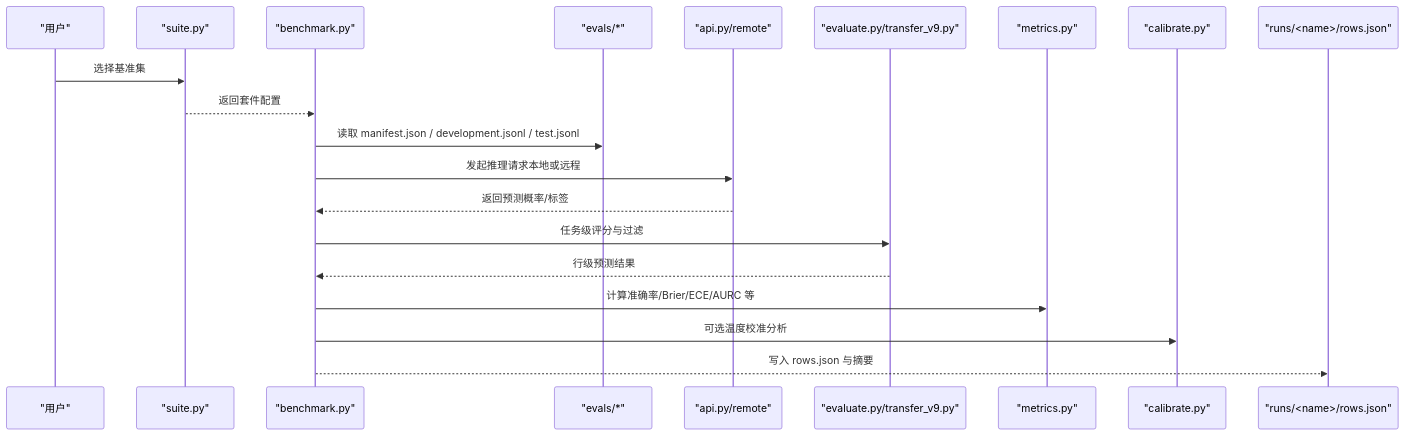
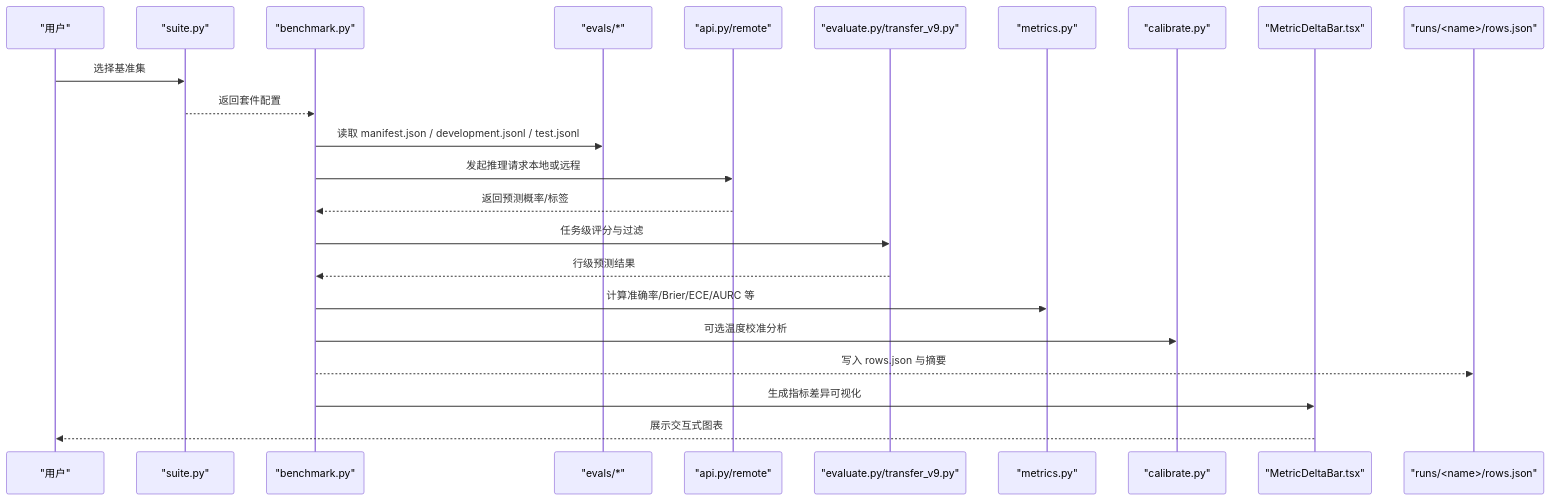
The second of 10 diagrams in .qoder/repowiki/zh/content/评估系统/评估系统.md (joezxh/kev), drawn with Mermaid before and after one commit. The commit also changed other lines of this file and 101 other files, not shown here.

````diff
--- a/.qoder/repowiki/zh/content/评估系统/评估系统.md
+++ b/.qoder/repowiki/zh/content/评估系统/评估系统.md
@@ -190,22 +225,25 @@
 ```mermaid
 sequenceDiagram
 participant User as "用户"
 participant Suite as "suite.py"
 participant Bench as "benchmark.py"
 participant Data as "evals/*"
 participant Model as "api.py/remote"
 participant Eval as "evaluate.py/transfer_v9.py"
 participant Metrics as "metrics.py"
 participant Calib as "calibrate.py"
+participant Viz as "MetricDeltaBar.tsx"
 participant Report as "runs/<name>/rows.json"
 User->>Suite : 选择基准集
 Suite-->>Bench : 返回套件配置
 Bench->>Data : 读取 manifest.json / development.jsonl / test.jsonl
 Bench->>Model : 发起推理请求本地或远程
 Model-->>Bench : 返回预测概率/标签
 Bench->>Eval : 任务级评分与过滤
 Eval-->>Bench : 行级预测结果
 Bench->>Metrics : 计算准确率/Brier/ECE/AURC 等
 Bench->>Calib : 可选温度校准分析
 Bench-->>Report : 写入 rows.json 与摘要
+Bench->>Viz : 生成指标差异可视化
+Viz-->>User : 展示交互式图表
 ```
````
